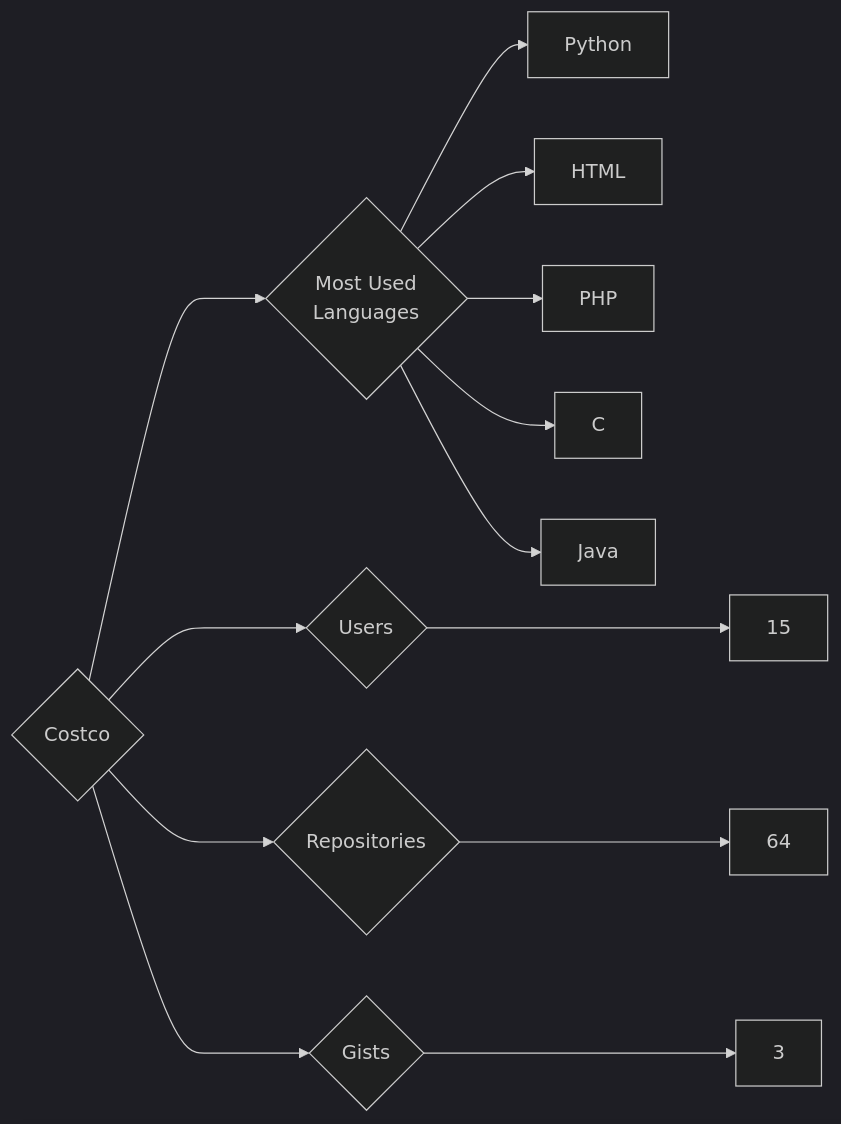
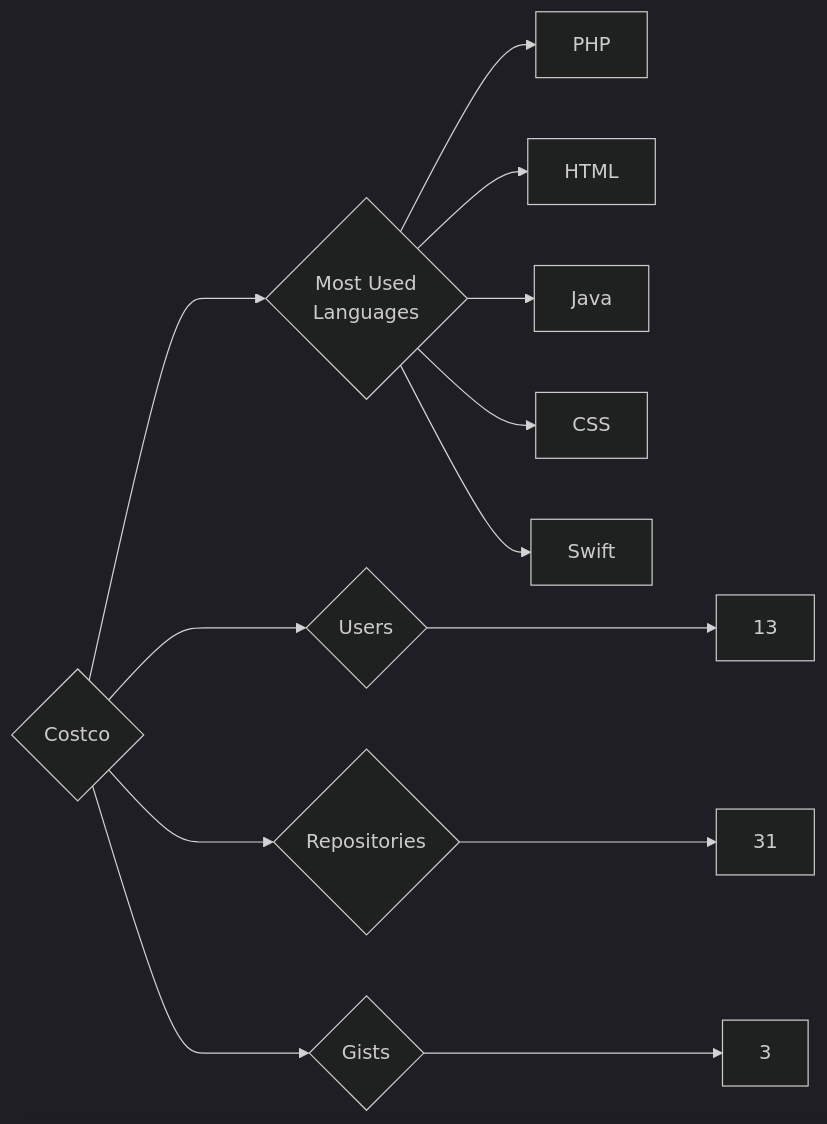
The diagram in targets/Costco/README.md (trickest/insiders), drawn with Mermaid (dark theme) before and after one commit. The commit also changed 826 other files, not shown here.

````diff
--- a/targets/Costco/README.md
+++ b/targets/Costco/README.md
@@ -3,13 +3,13 @@
 ```mermaid
 graph LR
 COMPANY_NAME{Costco}
-COMPANY_NAME ---> U{Users} ---> UN[15]
-COMPANY_NAME ---> R{Repositories} ---> RN[64]
+COMPANY_NAME ---> U{Users} ---> UN[13]
+COMPANY_NAME ---> R{Repositories} ---> RN[31]
 COMPANY_NAME ---> G{Gists} ---> GN[3]
 COMPANY_NAME ---> ML{Most Used<br>Languages}
-ML --> Python[Python]
+ML --> PHP[PHP]
 ML --> HTML[HTML]
-ML --> PHP[PHP]
-ML --> C[C]
 ML --> Java[Java]
+ML --> CSS[CSS]
+ML --> Swift[Swift]
 ```
````
